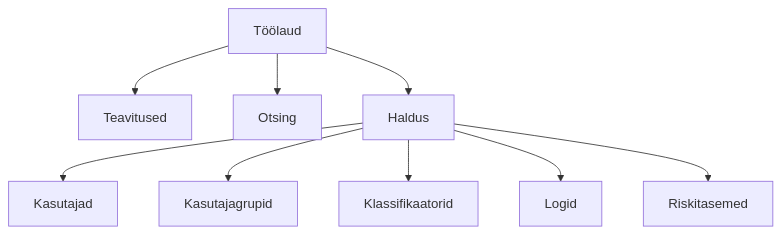
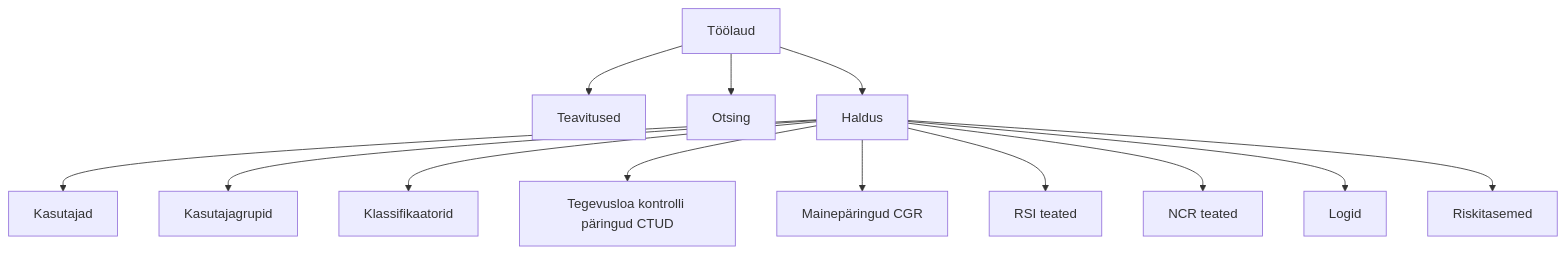
The diagram in docs/user-guide/03-menyy.md (kemit-ee/ljvis-2), drawn with Mermaid before and after one commit. The commit also changed other lines of this file and 31 other files, not shown here.

````diff
--- a/docs/user-guide/03-menyy.md
+++ b/docs/user-guide/03-menyy.md
@@ -19,11 +25,15 @@
 ```mermaid
 flowchart TD
     A[Töölaud] --> T[Teavitused]
     A --> S[Otsing]
     A --> B[Haldus]
     B --> C[Kasutajad]
     B --> D[Kasutajagrupid]
     B --> E[Klassifikaatorid]
+    B --> G[Tegevusloa kontrolli päringud CTUD]
+    B --> H[Mainepäringud CGR]
+    B --> I[RSI teated]
+    B --> J[NCR teated]
     B --> F[Logid]
     B --> R[Riskitasemed]
 ```
````
